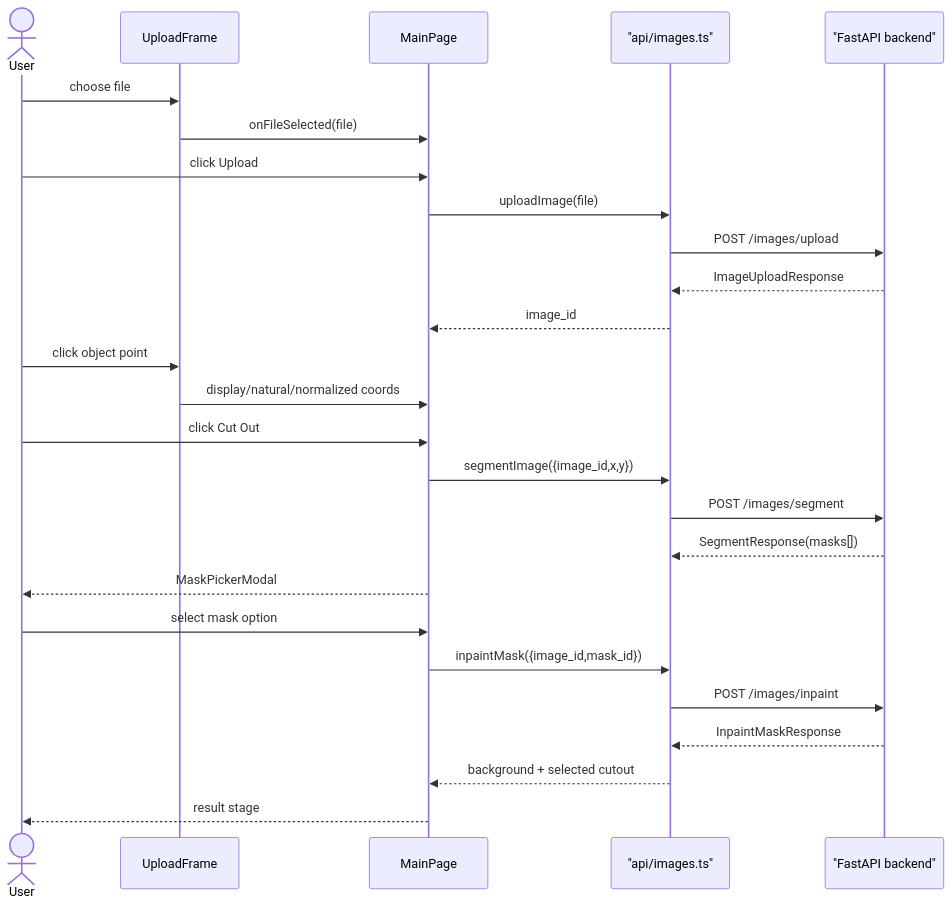
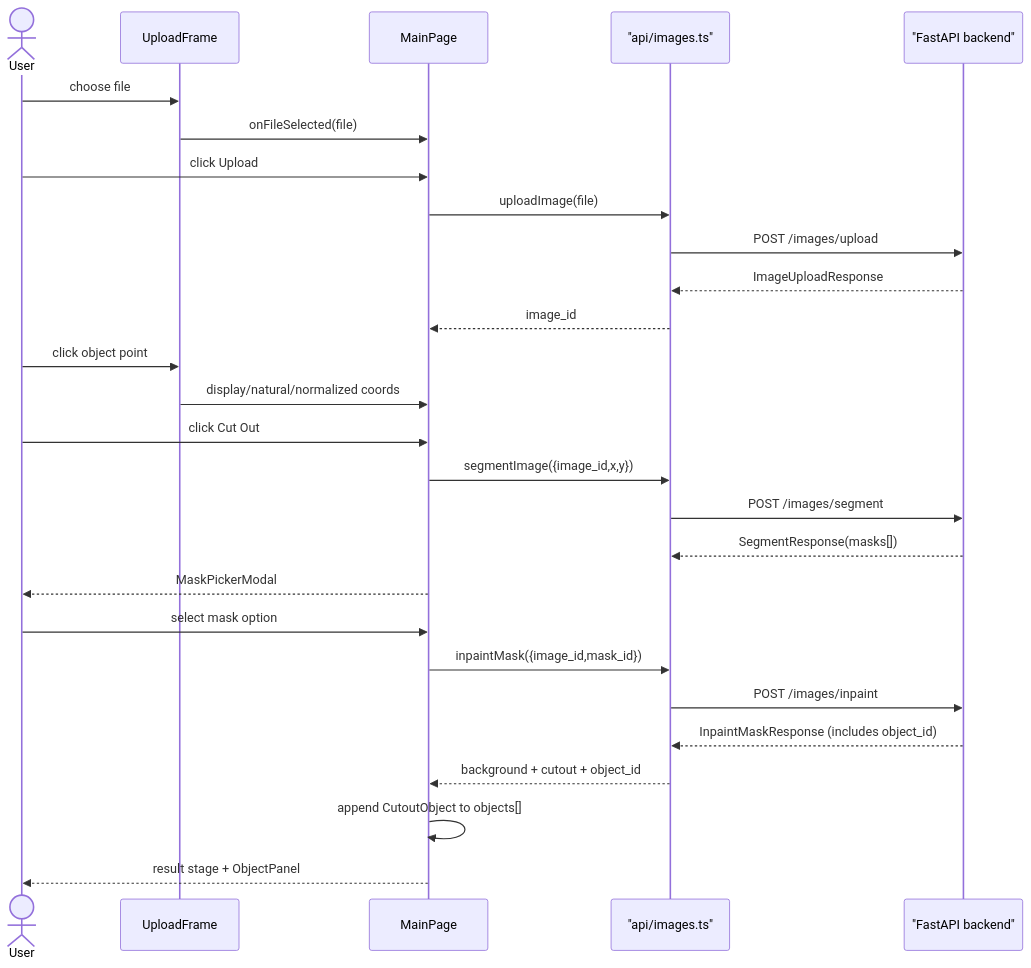
The diagram in docs/frontend/user-flow.md (1mache/avroom), drawn with Mermaid before and after one commit. The commit also changed other lines of this file and 15 other files, not shown here.

````diff
--- a/docs/frontend/user-flow.md
+++ b/docs/frontend/user-flow.md
@@ -5,31 +5,32 @@
 ```mermaid
 sequenceDiagram
     actor User
     participant UF as UploadFrame
     participant MP as MainPage
     participant API as "api/images.ts"
     participant Backend as "FastAPI backend"
 
     User->>UF: choose file
     UF->>MP: onFileSelected(file)
     User->>MP: click Upload
     MP->>API: uploadImage(file)
     API->>Backend: POST /images/upload
     Backend-->>API: ImageUploadResponse
     API-->>MP: image_id
 
     User->>UF: click object point
     UF->>MP: display/natural/normalized coords
     User->>MP: click Cut Out
     MP->>API: segmentImage({image_id,x,y})
     API->>Backend: POST /images/segment
     Backend-->>API: SegmentResponse(masks[])
     MP-->>User: MaskPickerModal
 
     User->>MP: select mask option
     MP->>API: inpaintMask({image_id,mask_id})
     API->>Backend: POST /images/inpaint
-    Backend-->>API: InpaintMaskResponse
-    API-->>MP: background + selected cutout
-    MP-->>User: result stage
+    Backend-->>API: InpaintMaskResponse (includes object_id)
+    API-->>MP: background + cutout + object_id
+    MP->>MP: append CutoutObject to objects[]
+    MP-->>User: result stage + ObjectPanel
 ```
````
